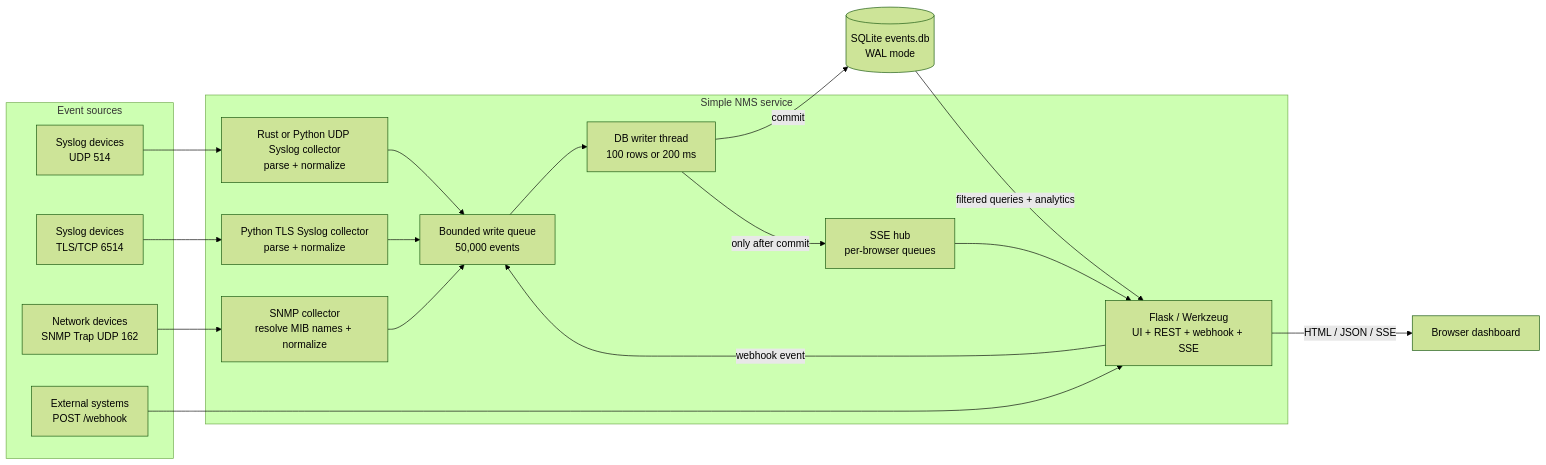
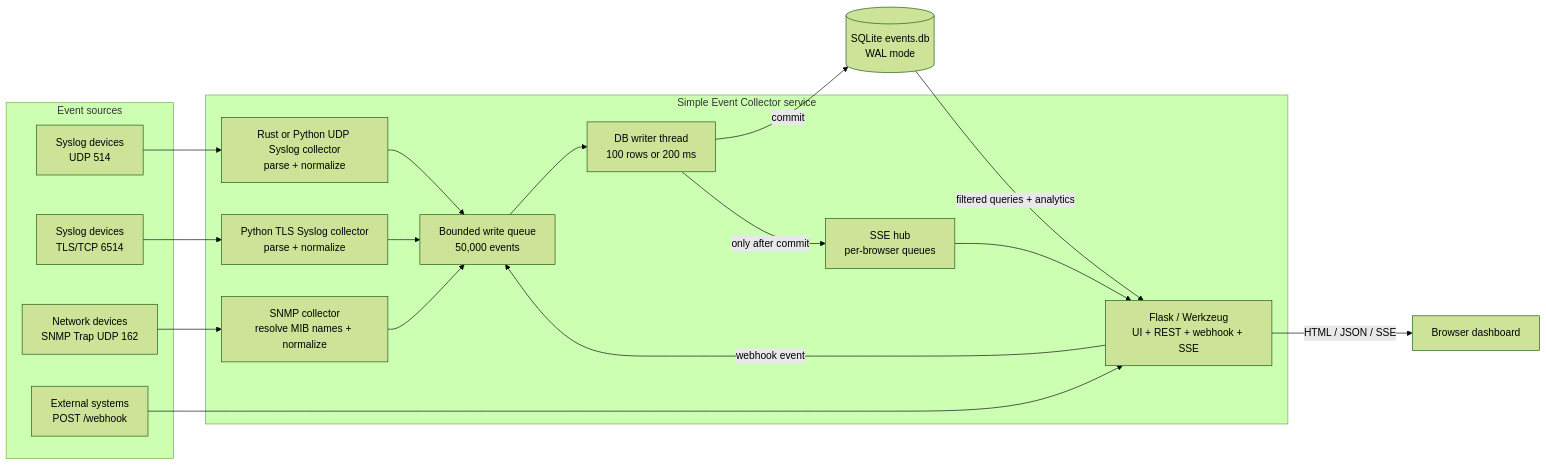
Before and after one commit to echoapus/simple-nms: the diagram in README.md, drawn with Mermaid (forest theme). The commit also changed other lines of this file and 41 other files, not shown here.

First line of the commit message:
Rename to Simple Event Collector (technical name: sieco)

````diff
--- a/README.md
+++ b/README.md
@@ -122,37 +122,37 @@
 ```mermaid
 flowchart LR
     subgraph Sources[Event sources]
         UDP[Syslog devices<br/>UDP 514]
         TLS[Syslog devices<br/>TLS/TCP 6514]
         SNMP[Network devices<br/>SNMP Trap UDP 162]
         HOOK[External systems<br/>POST /webhook]
     end
 
-    subgraph NMS[Simple NMS service]
+    subgraph NMS[Simple Event Collector service]
         SC[Rust or Python UDP Syslog collector<br/>parse + normalize]
         TC[Python TLS Syslog collector<br/>parse + normalize]
         NC[SNMP collector<br/>resolve MIB names + normalize]
         WEB[Flask / Werkzeug<br/>UI + REST + webhook + SSE]
         Q[Bounded write queue<br/>50,000 events]
         WRITER[DB writer thread<br/>100 rows or 200 ms]
         HUB[SSE hub<br/>per-browser queues]
     end
 
     DB[(SQLite events.db<br/>WAL mode)]
     BROWSER[Browser dashboard]
 
     UDP --> SC
     TLS --> TC
     SNMP --> NC
     HOOK --> WEB
     SC --> Q
     TC --> Q
     NC --> Q
     WEB -->|webhook event| Q
     Q --> WRITER
     WRITER -->|commit| DB
     WRITER -->|only after commit| HUB
     DB -->|filtered queries + analytics| WEB
     HUB --> WEB
     WEB -->|HTML / JSON / SSE| BROWSER
 ```
````
